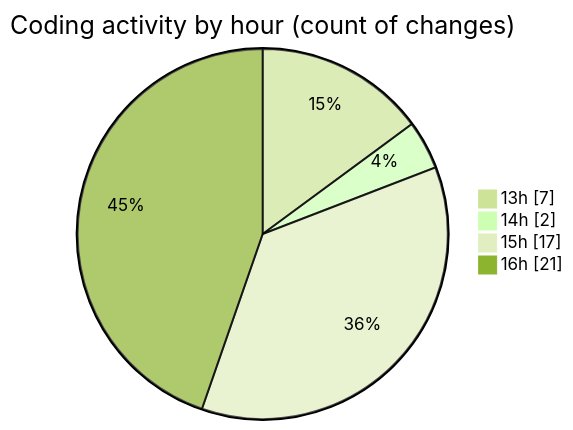
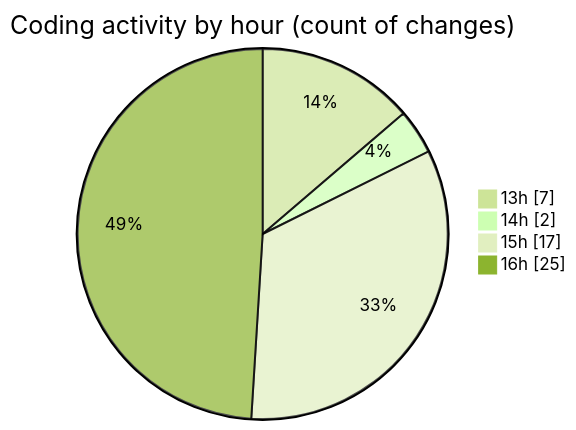
The second of 2 diagrams in 2025-02-24/micros/README.md (charlie-sans/code-tracking), drawn with Mermaid (forest theme) before and after one commit. The commit also changed other lines of this file and 1 other file, not shown here.

````diff
--- a/2025-02-24/micros/README.md
+++ b/2025-02-24/micros/README.md
@@ -42,8 +43,8 @@
 ```mermaid
 pie showData
 title Coding activity by hour (count of changes)
 "13h" : 7
 "14h" : 2
 "15h" : 17
-"16h" : 21
+"16h" : 25
 ```
````
